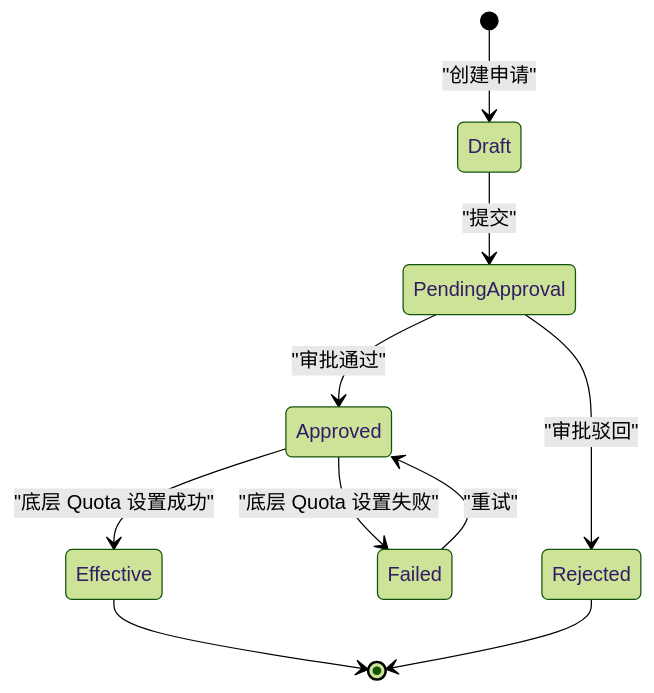
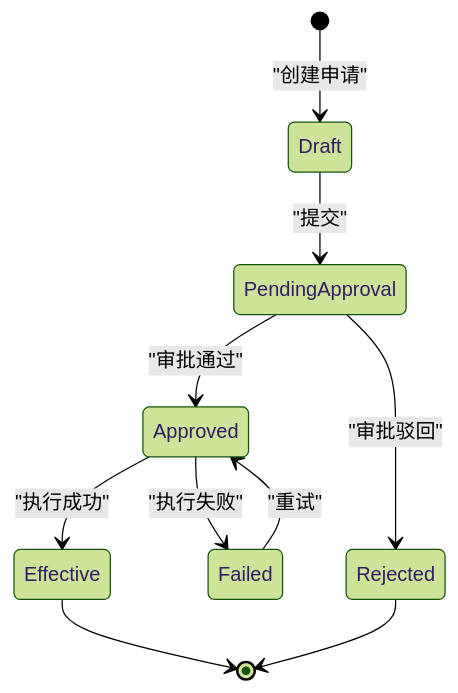
Before and after one commit to xyjunco/junco-skill: the seventh of 9 diagrams in references/diagram-patterns.md, drawn with Mermaid (forest theme). The commit also changed other lines of this file and 4 other files, not shown here.

````diff
--- a/references/diagram-patterns.md
+++ b/references/diagram-patterns.md
@@ -270,22 +270,22 @@
 ```mermaid
 stateDiagram-v2
   [*] --> Draft: "创建申请"
   Draft --> PendingApproval: "提交"
   PendingApproval --> Approved: "审批通过"
   PendingApproval --> Rejected: "审批驳回"
-  Approved --> Effective: "底层 Quota 设置成功"
-  Approved --> Failed: "底层 Quota 设置失败"
+  Approved --> Effective: "执行成功"
+  Approved --> Failed: "执行失败"
   Failed --> Approved: "重试"
   Effective --> [*]
   Rejected --> [*]
 
   class Draft,PendingApproval control;
   class Approved,Effective runtime;
   class Failed risk;
   class Rejected neutral;
 
   classDef runtime fill:#CCFFCC,stroke:#009966,color:#333333;
   classDef control fill:#FFFFCC,stroke:#CC6600,color:#333333;
   classDef risk fill:#FFCCCC,stroke:#CC3333,color:#333333;
   classDef neutral fill:#FFFFFF,stroke:#999999,color:#333333;
 ```
````
